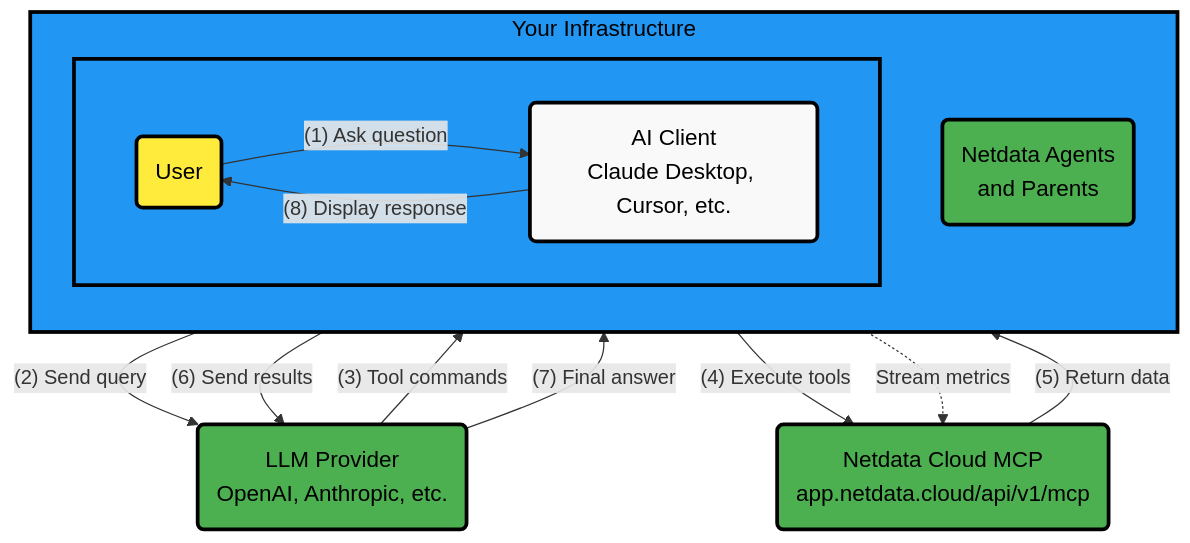
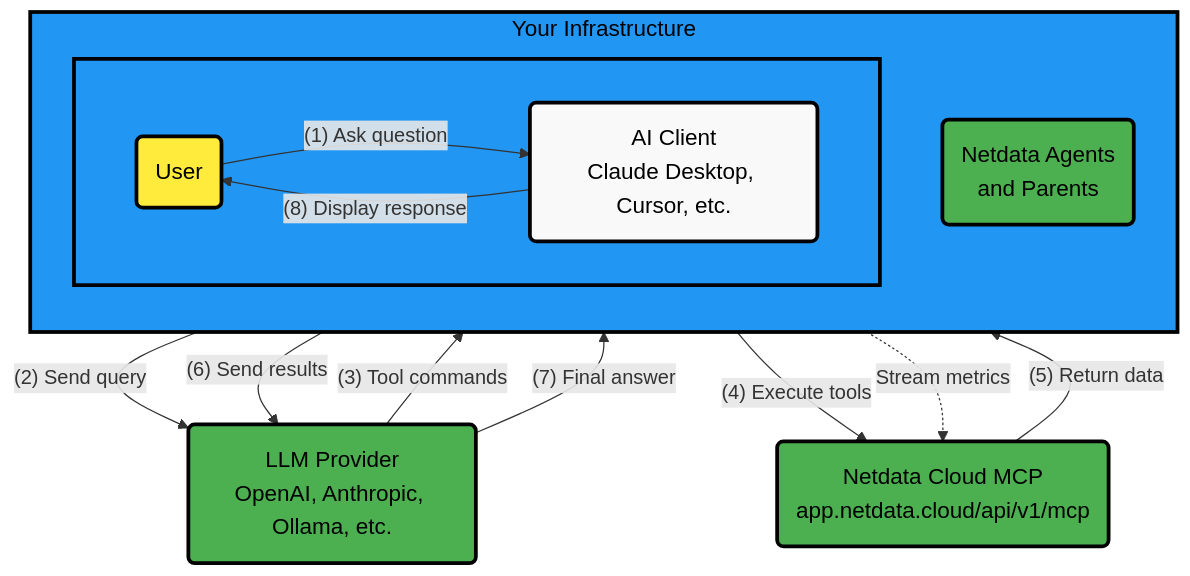
One commit to netdata/learn changed the second of 2 diagrams in docs/Netdata AI/MCP/Chat with Netdata.mdx. Above: the diagram before and after it, drawn with Mermaid. The commit also changed other lines of this file and 4 other files, not shown here.

````diff
--- a/docs/Netdata AI/MCP/Chat with Netdata.mdx
+++ b/docs/Netdata AI/MCP/Chat with Netdata.mdx
@@ -76,41 +76,41 @@
 ```mermaid
 flowchart TB
-    LLM("LLM Provider<br/>OpenAI, Anthropic, etc.")
+    LLM("LLM Provider<br/>OpenAI, Anthropic, Ollama, etc.")
     CloudMCP("Netdata Cloud MCP<br/>app.netdata.cloud/api/v1/mcp")
 
     subgraph infra["Your Infrastructure"]
         direction TB
         subgraph userLayer[" "]
             direction LR
             User("User")
             Client("AI Client<br/>Claude Desktop, Cursor, etc.")
 
             User -->|"(1) Ask question"| Client
             Client -->|"(8) Display response"| User
         end
 
         Agents("Netdata Agents<br/>and Parents")
     end
 
     Client -->|"(2) Send query"| LLM
     LLM -->|"(3) Tool commands"| Client
     Client -->|"(4) Execute tools"| CloudMCP
     CloudMCP -->|"(5) Return data"| Client
     Client -->|"(6) Send results"| LLM
     LLM -->|"(7) Final answer"| Client
 
     Agents -.->|"Stream metrics"| CloudMCP
 
     %% Style definitions
     classDef alert fill:#ffeb3b,stroke:#000000,stroke-width:3px,color:#000000,font-size:18px
     classDef neutral fill:#f9f9f9,stroke:#000000,stroke-width:3px,color:#000000,font-size:18px
     classDef complete fill:#4caf50,stroke:#000000,stroke-width:3px,color:#000000,font-size:18px
     classDef database fill:#2196F3,stroke:#000000,stroke-width:3px,color:#000000,font-size:18px
 
     %% Apply styles
     class User alert
     class Client neutral
     class LLM complete
     class CloudMCP,Agents complete
     class infra,userLayer database
 ```
````
